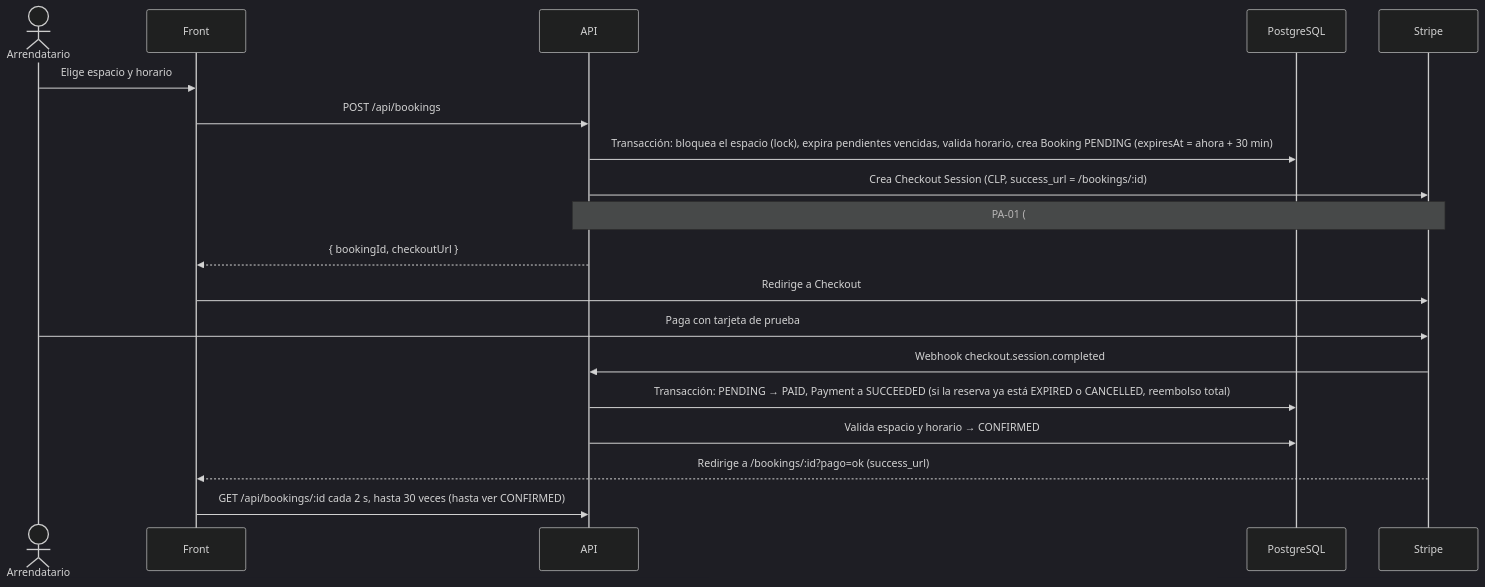
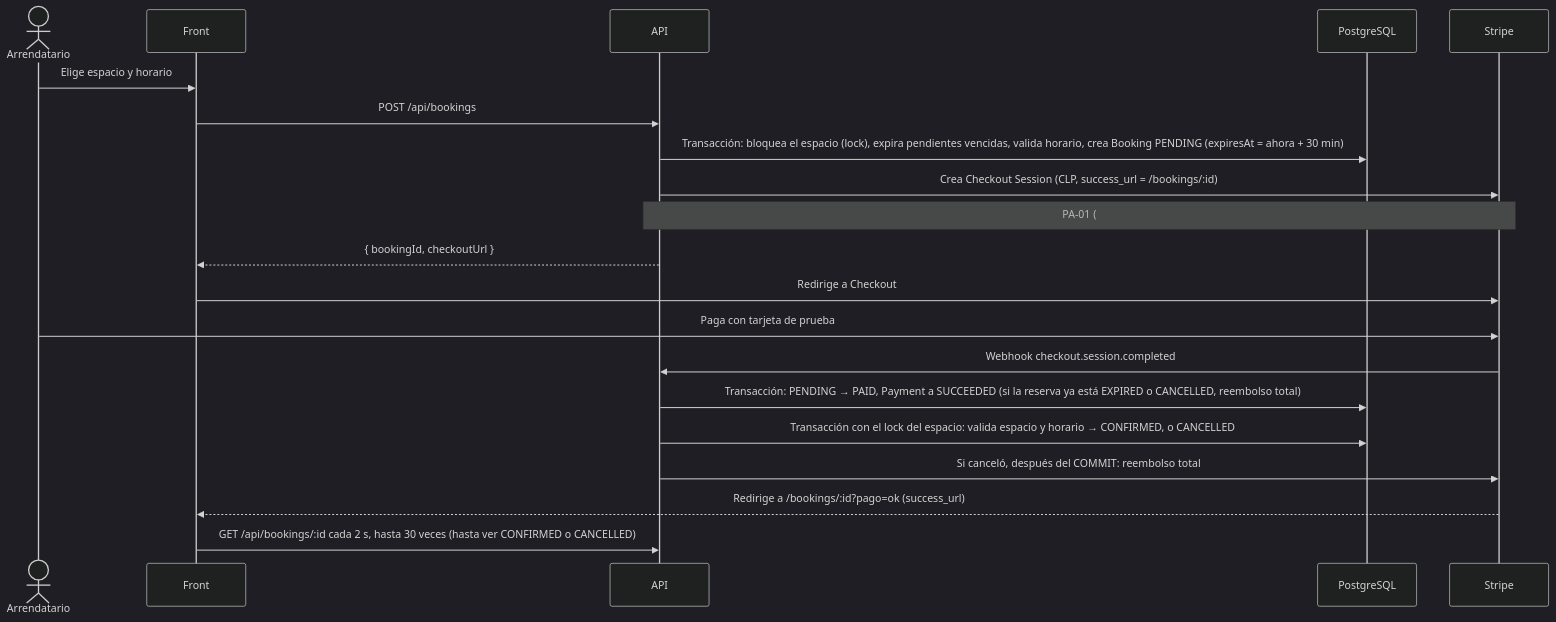
One commit to AlejandroMG/inf331-equipo-3 changed the third of 3 diagrams in docs/arquitectura.md. Above: the diagram before and after it, drawn with Mermaid (dark theme). The commit also changed other lines of this file and 21 other files, not shown here.

````diff
--- a/docs/arquitectura.md
+++ b/docs/arquitectura.md
@@ -480,21 +496,22 @@
 ```mermaid
 sequenceDiagram
     actor Arr as Arrendatario
     participant F as Front
     participant A as API
     participant DB as PostgreSQL
     participant S as Stripe
     Arr->>F: Elige espacio y horario
     F->>A: POST /api/bookings
     A->>DB: Transacción: bloquea el espacio (lock), expira pendientes vencidas, valida horario, crea Booking PENDING (expiresAt = ahora + 30 min)
     A->>S: Crea Checkout Session (CLP, success_url = /bookings/:id)
     Note over A,S: PA-01 (#45): Stripe exige expires_at ≥ creación + 30 min, así que no puede ser igual a expiresAt#59; se decide en PA-01
     A-->>F: { bookingId, checkoutUrl }
     F->>S: Redirige a Checkout
     Arr->>S: Paga con tarjeta de prueba
     S->>A: Webhook checkout.session.completed
     A->>DB: Transacción: PENDING → PAID, Payment a SUCCEEDED (si la reserva ya está EXPIRED o CANCELLED, reembolso total)
-    A->>DB: Valida espacio y horario → CONFIRMED
+    A->>DB: Transacción con el lock del espacio: valida espacio y horario → CONFIRMED, o CANCELLED
+    A->>S: Si canceló, después del COMMIT: reembolso total
     S-->>F: Redirige a /bookings/:id?pago=ok (success_url)
-    F->>A: GET /api/bookings/:id cada 2 s, hasta 30 veces (hasta ver CONFIRMED)
+    F->>A: GET /api/bookings/:id cada 2 s, hasta 30 veces (hasta ver CONFIRMED o CANCELLED)
 ```
````
